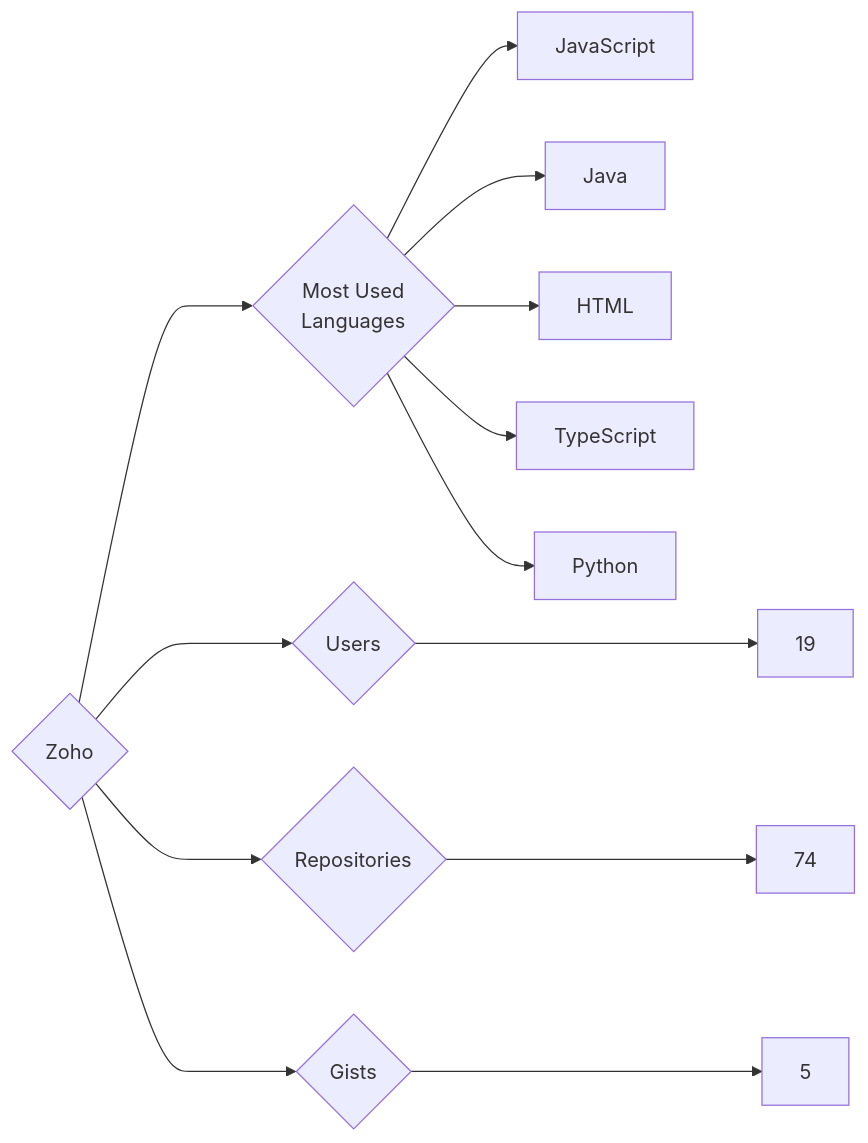
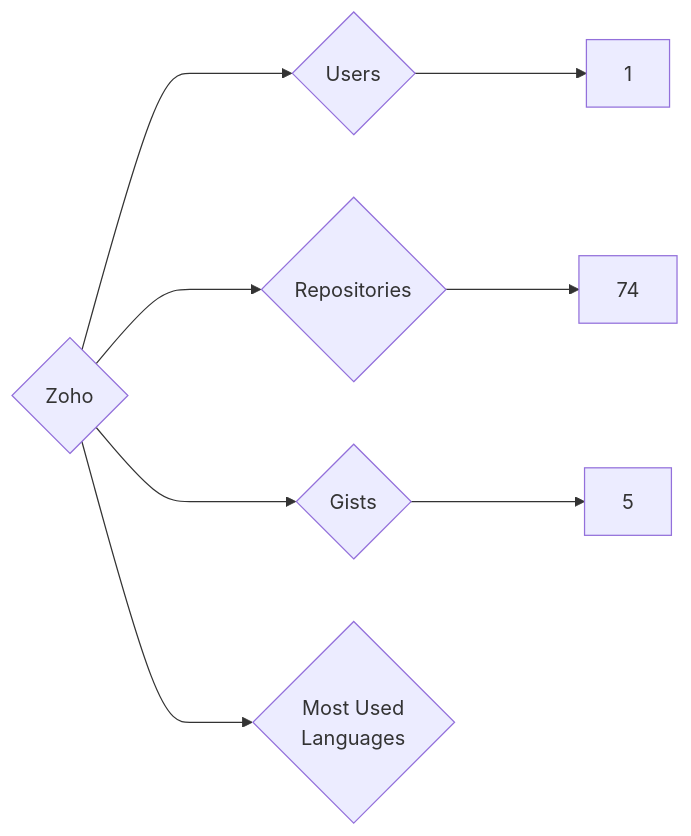
One commit to trickest/insiders changed the diagram in targets/Zoho/README.md. Above: the diagram before and after it, drawn with Mermaid. The commit also changed 955 other files, not shown here.

````diff
--- a/targets/Zoho/README.md
+++ b/targets/Zoho/README.md
@@ -3,13 +3,8 @@
 ```mermaid
 graph LR
 COMPANY_NAME{Zoho}
-COMPANY_NAME ---> U{Users} ---> UN[19]
+COMPANY_NAME ---> U{Users} ---> UN[1]
 COMPANY_NAME ---> R{Repositories} ---> RN[74]
 COMPANY_NAME ---> G{Gists} ---> GN[5]
 COMPANY_NAME ---> ML{Most Used<br>Languages}
-ML --> JavaScript[JavaScript]
-ML --> Java[Java]
-ML --> HTML[HTML]
-ML --> TypeScript[TypeScript]
-ML --> Python[Python]
 ```
````
